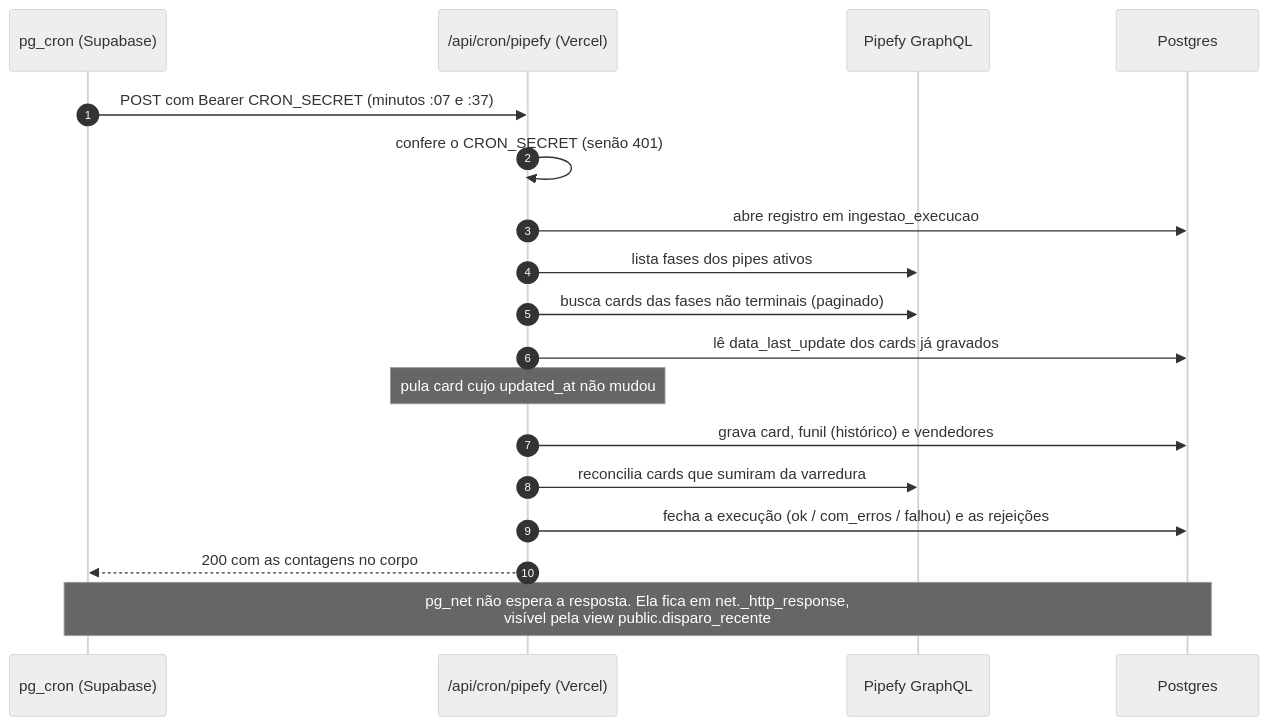
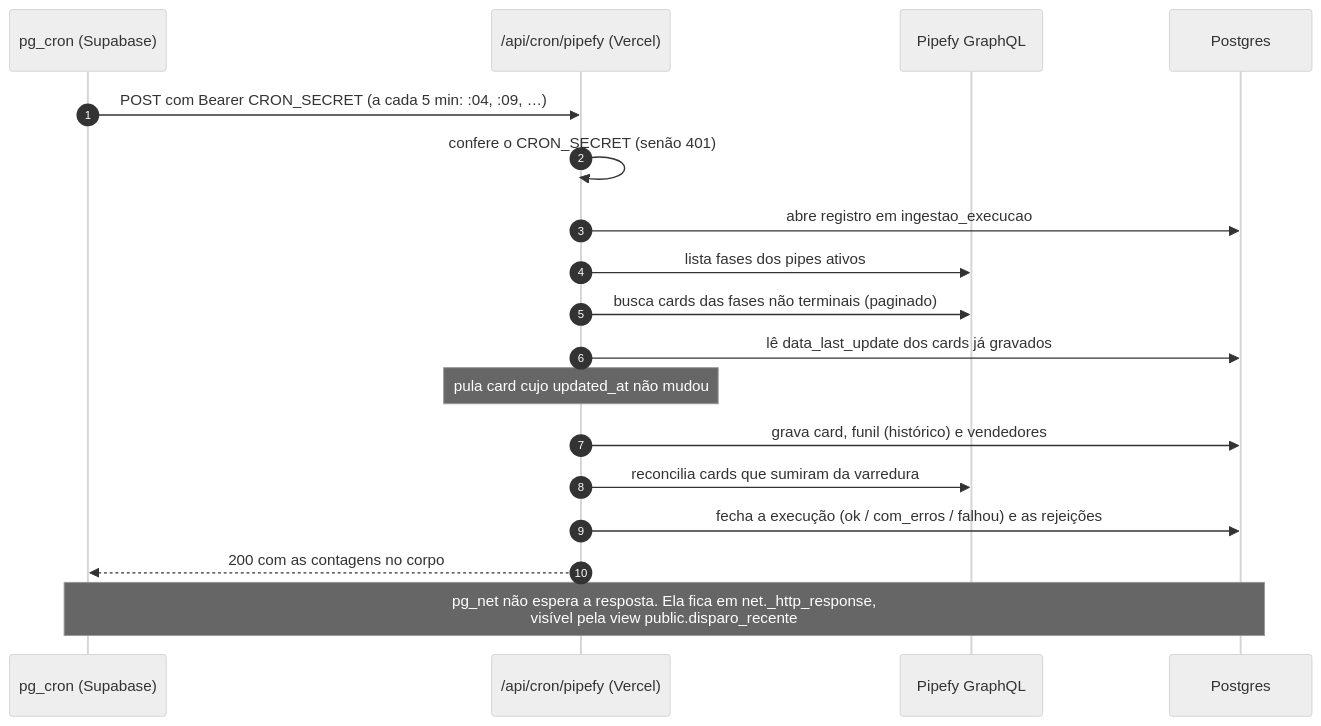
One commit to cce-fluxo/DashBoardVendas changed the third of 5 diagrams in docs/arquitetura.md. Above: the diagram before and after it, drawn with Mermaid (neutral theme). The commit also changed other lines of this file and 14 other files, not shown here.

````diff
--- a/docs/arquitetura.md
+++ b/docs/arquitetura.md
@@ -86,21 +86,21 @@
 ```mermaid
 sequenceDiagram
   autonumber
   participant C as pg_cron (Supabase)
   participant R as /api/cron/pipefy (Vercel)
   participant P as Pipefy GraphQL
   participant D as Postgres
 
-  C->>R: POST com Bearer CRON_SECRET (minutos :07 e :37)
+  C->>R: POST com Bearer CRON_SECRET (a cada 5 min: :04, :09, …)
   R->>R: confere o CRON_SECRET (senão 401)
   R->>D: abre registro em ingestao_execucao
   R->>P: lista fases dos pipes ativos
   R->>P: busca cards das fases não terminais (paginado)
   R->>D: lê data_last_update dos cards já gravados
   Note over R: pula card cujo updated_at não mudou
   R->>D: grava card, funil (histórico) e vendedores
   R->>P: reconcilia cards que sumiram da varredura
   R->>D: fecha a execução (ok / com_erros / falhou) e as rejeições
   R-->>C: 200 com as contagens no corpo
   Note over C,D: pg_net não espera a resposta. Ela fica em net._http_response,<br/>visível pela view public.disparo_recente
 ```
````
